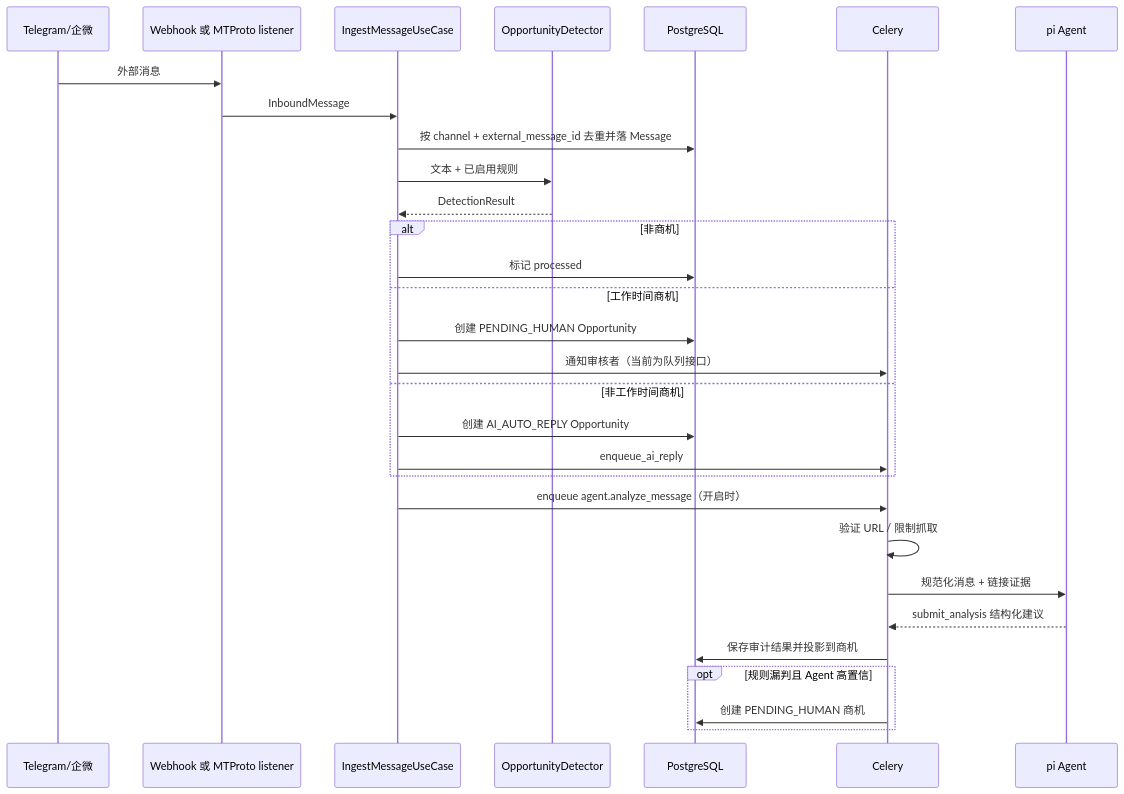
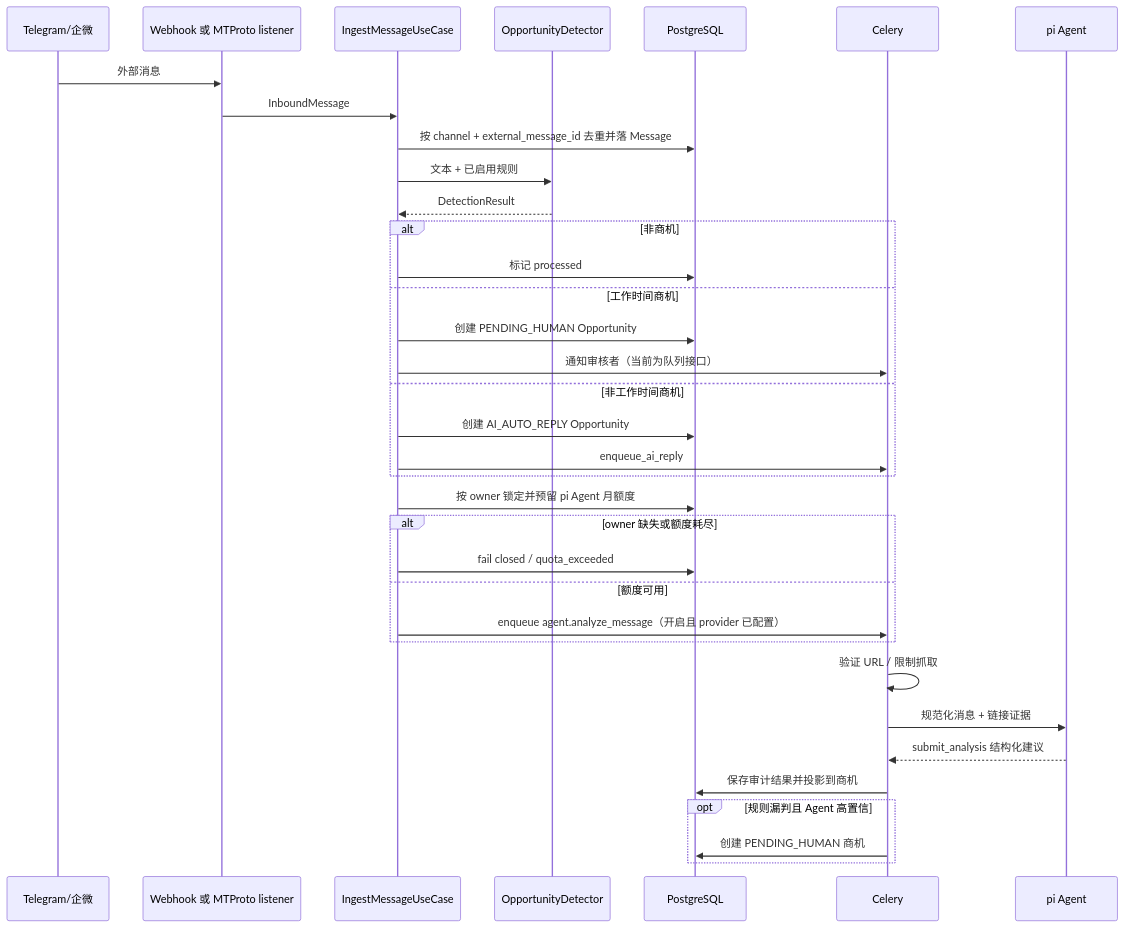
One commit to story2u/OpenMIRA changed the third of 3 diagrams in docs/architecture/overview.md. Above: the diagram before and after it, drawn with Mermaid. The commit also changed other lines of this file and 48 other files, not shown here.

````diff
--- a/docs/architecture/overview.md
+++ b/docs/architecture/overview.md
@@ -99,33 +101,38 @@
 ```mermaid
 sequenceDiagram
     participant IM as Telegram/企微
     participant E as Webhook 或 MTProto listener
     participant U as IngestMessageUseCase
     participant D as OpportunityDetector
     participant DB as PostgreSQL
     participant Q as Celery
     participant P as pi Agent
 
     IM->>E: 外部消息
     E->>U: InboundMessage
     U->>DB: 按 channel + external_message_id 去重并落 Message
     U->>D: 文本 + 已启用规则
     D-->>U: DetectionResult
     alt 非商机
         U->>DB: 标记 processed
     else 工作时间商机
         U->>DB: 创建 PENDING_HUMAN Opportunity
         U->>Q: 通知审核者（当前为队列接口）
     else 非工作时间商机
         U->>DB: 创建 AI_AUTO_REPLY Opportunity
         U->>Q: enqueue_ai_reply
     end
-    U->>Q: enqueue agent.analyze_message（开启时）
+    U->>DB: 按 owner 锁定并预留 pi Agent 月额度
+    alt owner 缺失或额度耗尽
+        U->>DB: fail closed / quota_exceeded
+    else 额度可用
+        U->>Q: enqueue agent.analyze_message（开启且 provider 已配置）
+    end
     Q->>Q: 验证 URL / 限制抓取
     Q->>P: 规范化消息 + 链接证据
     P-->>Q: submit_analysis 结构化建议
     Q->>DB: 保存审计结果并投影到商机
     opt 规则漏判且 Agent 高置信
         Q->>DB: 创建 PENDING_HUMAN 商机
     end
 ```
````
